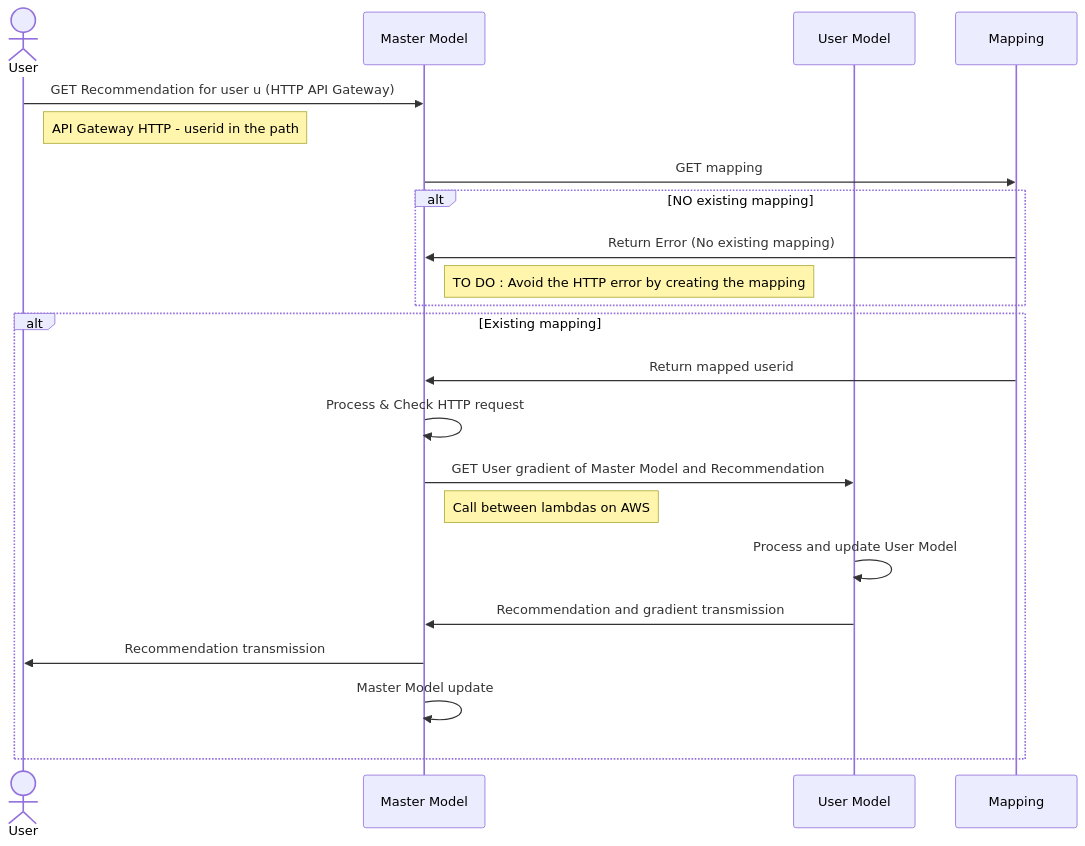
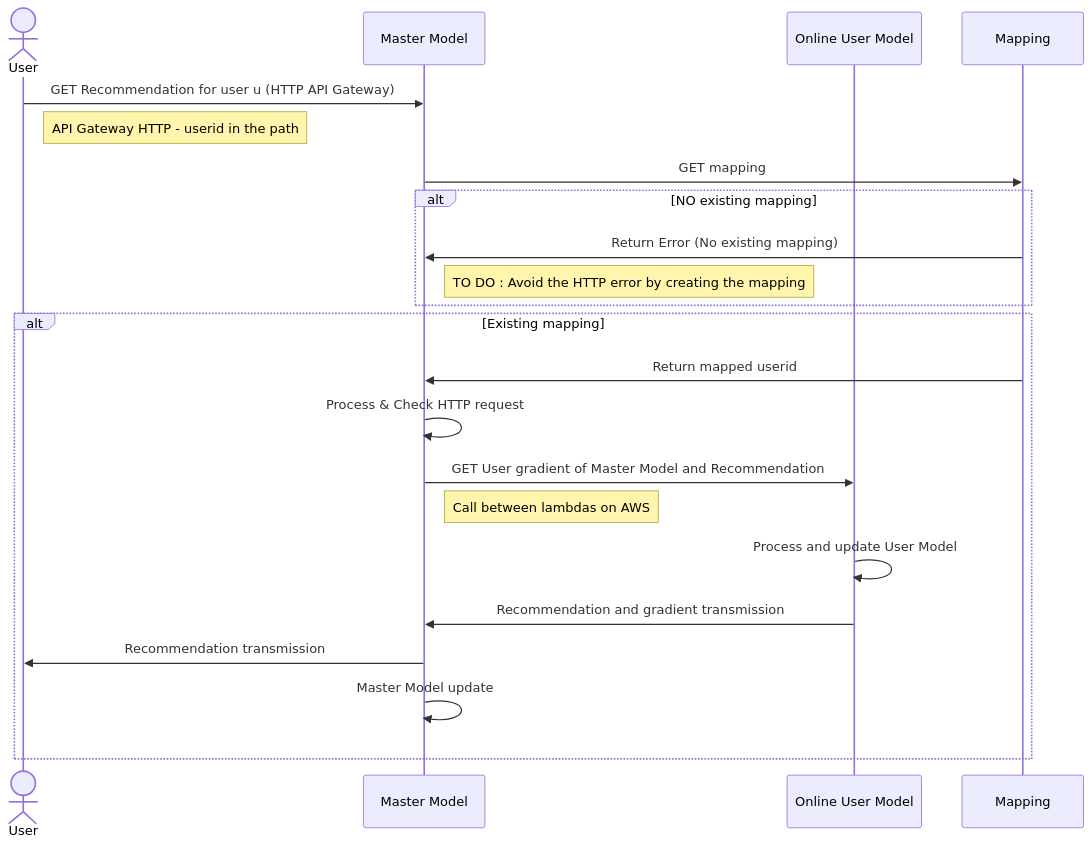
The first of 3 diagrams in recommender-system/README.md (AdrKacz/super-duper-guacamole), drawn with Mermaid before and after one commit. The commit also changed other lines of this file, not shown here.

````diff
--- a/recommender-system/README.md
+++ b/recommender-system/README.md
@@ -18,25 +18,25 @@
 ```mermaid
 sequenceDiagram
       actor User as User
       participant MM as Master Model
-      participant Model2 as User Model
+      participant OUM as Online User Model
       participant m as Mapping
       User ->> MM: GET Recommendation for user u (HTTP API Gateway)
       Note right of User: API Gateway HTTP - userid in the path
       MM ->> m: GET mapping
       alt NO existing mapping
       m ->> MM: Return Error (No existing mapping)
       Note right of MM: TO DO : Avoid the HTTP error by creating the mapping
       end
 
       alt Existing mapping
       m ->> MM: Return mapped userid
       MM ->> MM: Process & Check HTTP request
-      MM ->> Model2: GET User gradient of Master Model and Recommendation
+      MM ->> OUM: GET User gradient of Master Model and Recommendation
       Note right of MM: Call between lambdas on AWS
-      Model2 ->> Model2: Process and update User Model
-      Model2 ->> MM: Recommendation and gradient transmission
+      OUM ->> OUM: Process and update User Model
+      OUM ->> MM: Recommendation and gradient transmission
       MM ->> User: Recommendation transmission
       MM ->> MM: Master Model update
       end
 ```
````
